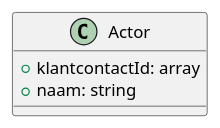
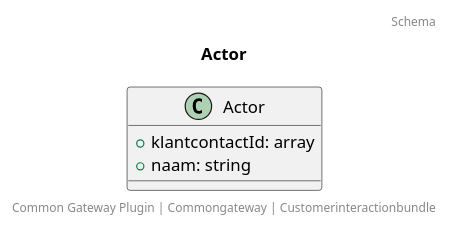
Before and after one commit to CommonGateway/CustomerInteractionBundle: the diagram in docs/schema/klant.actor.puml, drawn with PlantUML. The commit also changed 41 other files, not shown here.

```diff
--- a/docs/schema/klant.actor.puml
+++ b/docs/schema/klant.actor.puml
@@ -1,6 +1,10 @@
 @startuml
+title: Actor
+footer: Common Gateway Plugin | Commongateway | Customerinteractionbundle 
+header: Schema
+
 class Actor {
   + klantcontactId: array
   + naam: string
 }
 @enduml
```
